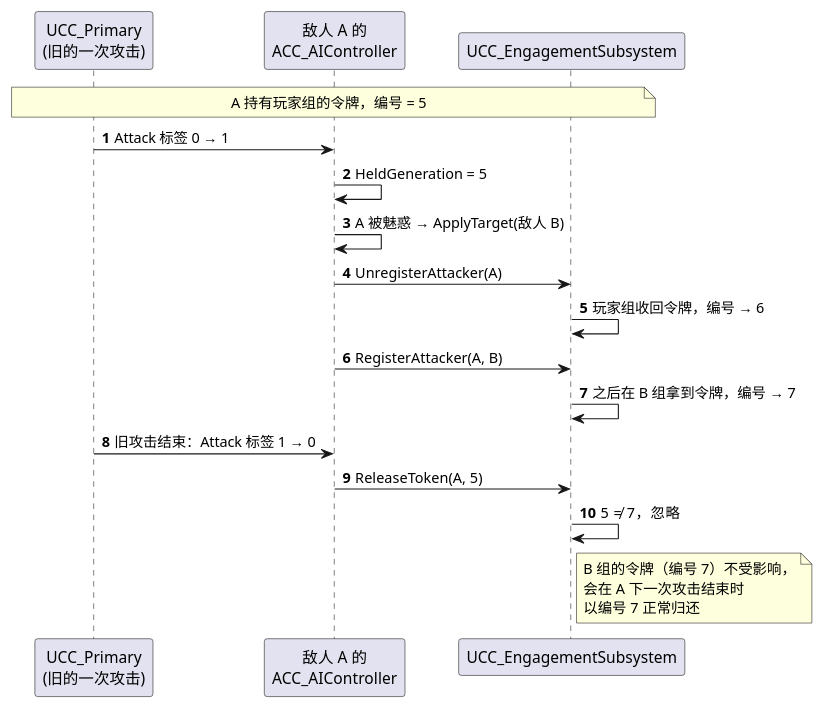
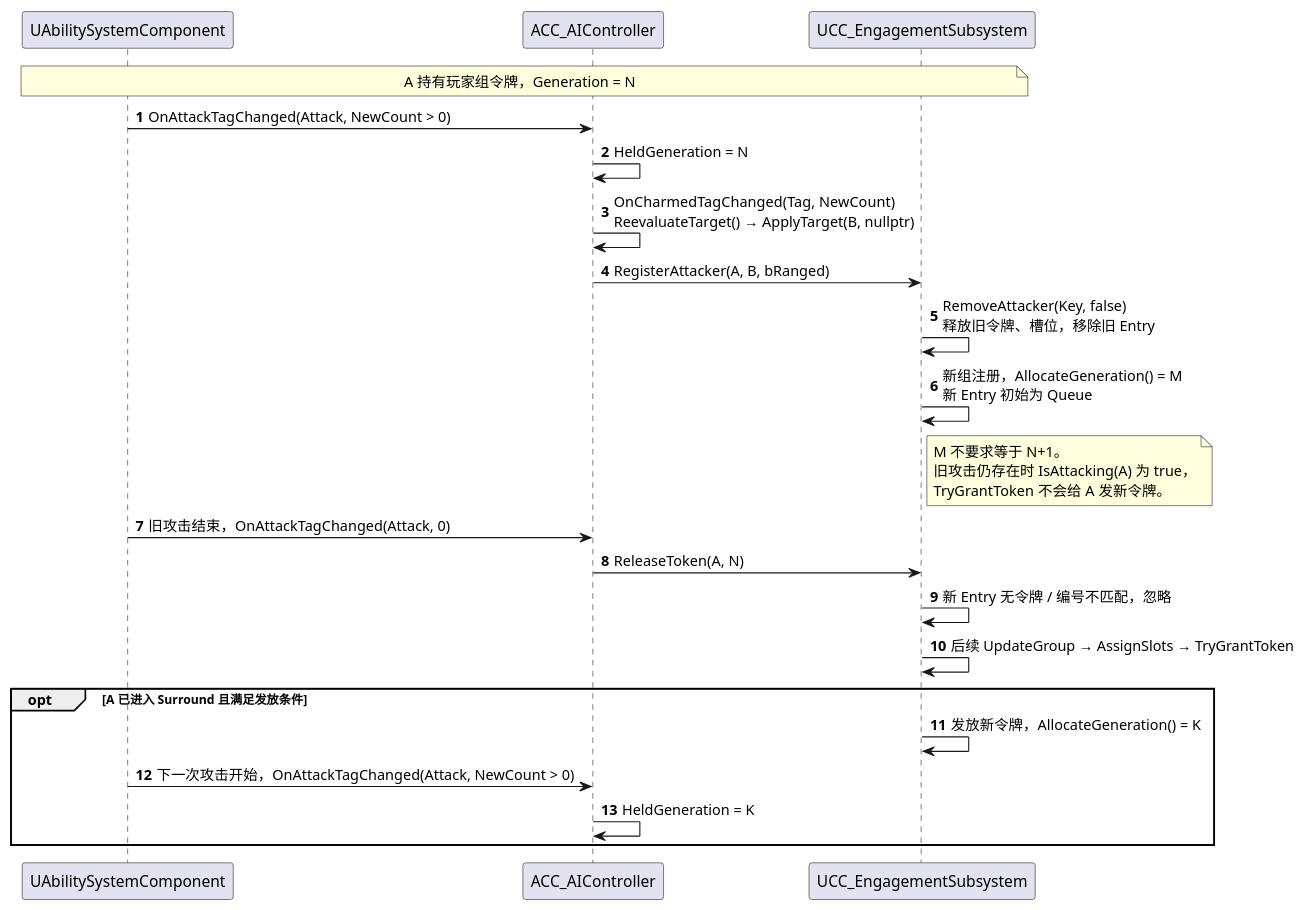
The eighth of 11 diagrams in Docs/AI-Engagement.zh-CN.md (peng984251536/GAS_Demo), drawn with PlantUML before and after one commit. The commit also changed other lines of this file and 181 other files, not shown here.

````diff
--- a/Docs/AI-Engagement.zh-CN.md
+++ b/Docs/AI-Engagement.zh-CN.md
@@ -595,30 +744,32 @@
 ```plantuml
 @startuml 编号校验时序
 skinparam shadowing false
 skinparam defaultFontName "Microsoft YaHei"
 autonumber
-
-participant "UCC_Primary\n(旧的一次攻击)" as OLD
-participant "敌人 A 的\nACC_AIController" as C
+participant "UAbilitySystemComponent" as ASC
+participant "ACC_AIController" as C
 participant "UCC_EngagementSubsystem" as S
 
-note over OLD, S : A 持有玩家组的令牌，编号 = 5
-OLD -> C : Attack 标签 0 → 1
-C -> C : HeldGeneration = 5
-
-C -> C : A 被魅惑 → ApplyTarget(敌人 B)
-C -> S : UnregisterAttacker(A)
-S -> S : 玩家组收回令牌，编号 → 6
-C -> S : RegisterAttacker(A, B)
-S -> S : 之后在 B 组拿到令牌，编号 → 7
-
-OLD -> C : 旧攻击结束：Attack 标签 1 → 0
-C -> S : ReleaseToken(A, 5)
-S -> S : 5 ≠ 7，忽略
+note over ASC, S : A 持有玩家组令牌，Generation = N
+ASC -> C : OnAttackTagChanged(Attack, NewCount > 0)
+C -> C : HeldGeneration = N
+C -> C : OnCharmedTagChanged(Tag, NewCount)\nReevaluateTarget() → ApplyTarget(B, nullptr)
+C -> S : RegisterAttacker(A, B, bRanged)
+S -> S : RemoveAttacker(Key, false)\n释放旧令牌、槽位，移除旧 Entry
+S -> S : 新组注册，AllocateGeneration() = M\n新 Entry 初始为 Queue
 note right of S
-  B 组的令牌（编号 7）不受影响，
-  会在 A 下一次攻击结束时
-  以编号 7 正常归还
+  M 不要求等于 N+1。
+  旧攻击仍存在时 IsAttacking(A) 为 true，
+  TryGrantToken 不会给 A 发新令牌。
 end note
+ASC -> C : 旧攻击结束，OnAttackTagChanged(Attack, 0)
+C -> S : ReleaseToken(A, N)
+S -> S : 新 Entry 无令牌 / 编号不匹配，忽略
+S -> S : 后续 UpdateGroup → AssignSlots → TryGrantToken
+opt A 已进入 Surround 且满足发放条件
+  S -> S : 发放新令牌，AllocateGeneration() = K
+  ASC -> C : 下一次攻击开始，OnAttackTagChanged(Attack, NewCount > 0)
+  C -> C : HeldGeneration = K
+end
 @enduml
 ```
````
